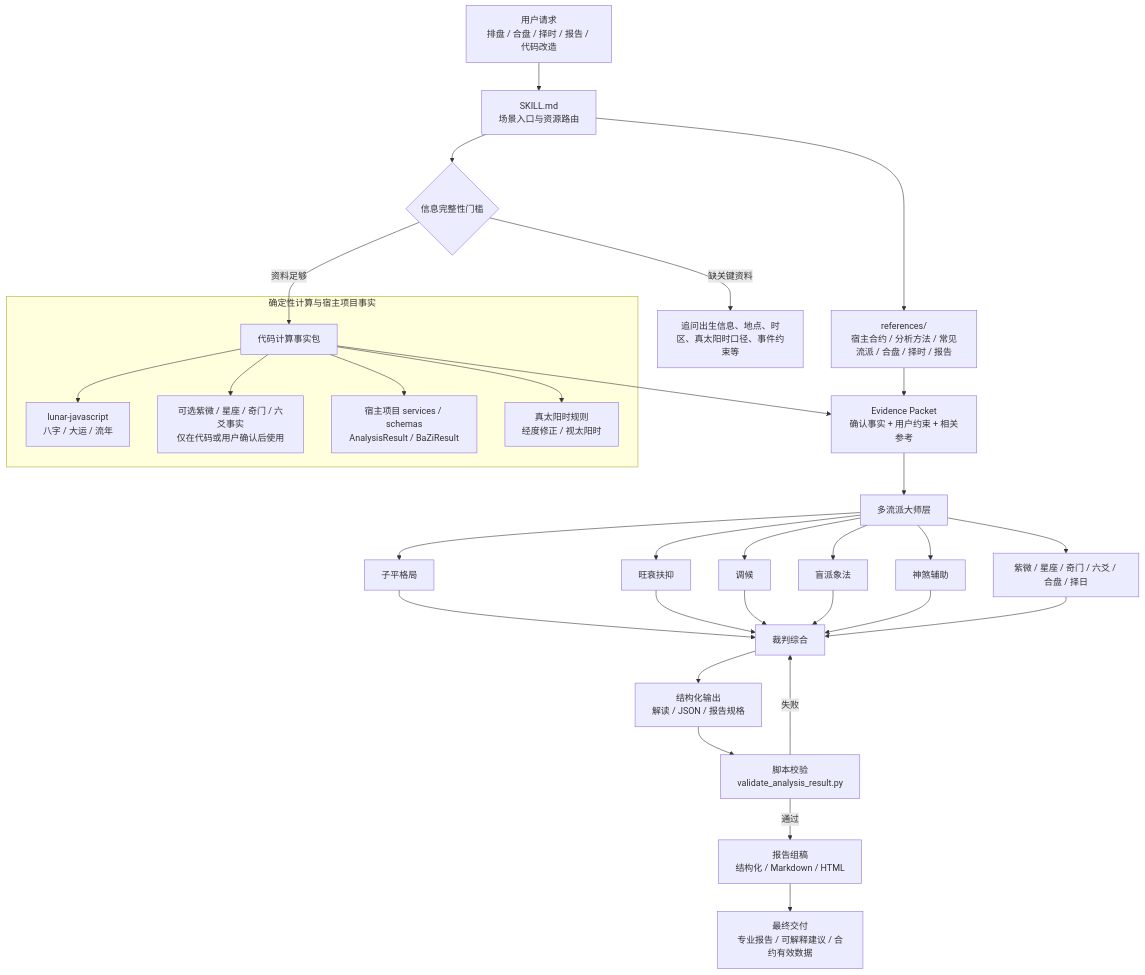
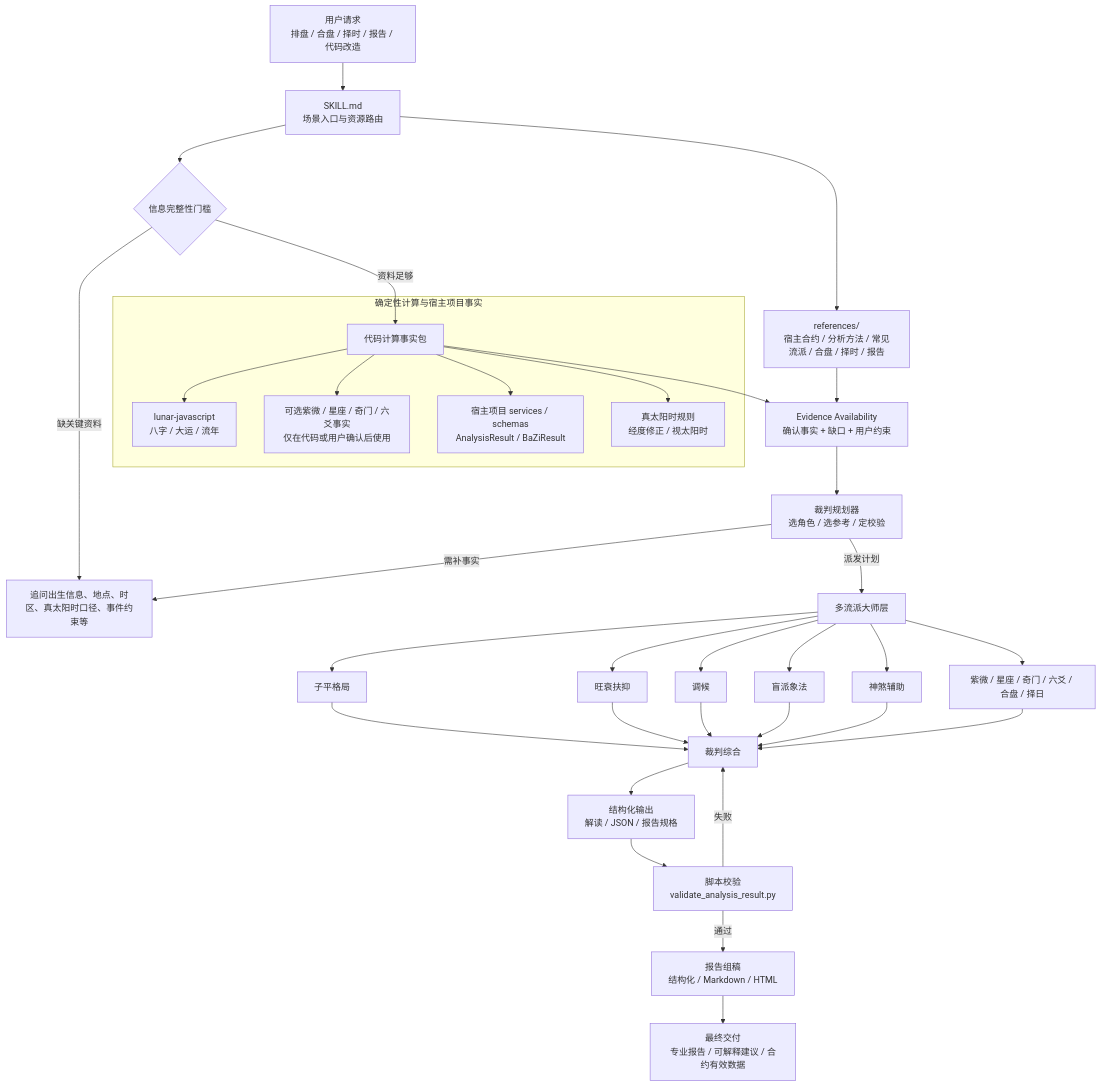
Before and after one commit to xuemian168/bazi-skill: the diagram in README.md, drawn with Mermaid. The commit also changed other lines of this file and 6 other files, not shown here.

````diff
--- a/README.md
+++ b/README.md
@@ -82,39 +82,41 @@
 ```mermaid
 flowchart TD
     A["用户请求<br/>排盘 / 合盘 / 择时 / 报告 / 代码改造"] --> B["SKILL.md<br/>场景入口与资源路由"]
     B --> C{"信息完整性门槛"}
     C -->|缺关键资料| C1["追问出生信息、地点、时区、真太阳时口径、事件约束等"]
     C -->|资料足够| D["代码计算事实包"]
 
     subgraph S1["确定性计算与宿主项目事实"]
         D --> D1["lunar-javascript<br/>八字 / 大运 / 流年"]
         D --> D2["可选紫微 / 星座 / 奇门 / 六爻事实<br/>仅在代码或用户确认后使用"]
         D --> D3["宿主项目 services / schemas<br/>AnalysisResult / BaZiResult"]
         D --> D4["真太阳时规则<br/>经度修正 / 视太阳时"]
     end
 
-    D --> E["Evidence Packet<br/>确认事实 + 用户约束 + 相关参考"]
+    D --> E["Evidence Availability<br/>确认事实 + 缺口 + 用户约束"]
     B --> R["references/<br/>宿主合约 / 分析方法 / 常见流派 / 合盘 / 择时 / 报告"]
     R --> E
 
-    E --> F["多流派大师层"]
+    E --> P["裁判规划器<br/>选角色 / 选参考 / 定校验"]
+    P -->|需补事实| C1
+    P -->|派发计划| F["多流派大师层"]
     F --> F1["子平格局"]
     F --> F2["旺衰扶抑"]
     F --> F3["调候"]
     F --> F4["盲派象法"]
     F --> F5["神煞辅助"]
     F --> F6["紫微 / 星座 / 奇门 / 六爻 / 合盘 / 择日"]
 
     F1 --> G["裁判综合"]
     F2 --> G
     F3 --> G
     F4 --> G
     F5 --> G
     F6 --> G
 
     G --> H["结构化输出<br/>解读 / JSON / 报告规格"]
     H --> I["脚本校验<br/>validate_analysis_result.py"]
     I -->|通过| J["报告组稿<br/>结构化 / Markdown / HTML"]
     I -->|失败| G
     J --> K["最终交付<br/>专业报告 / 可解释建议 / 合约有效数据"]
 ```
````
